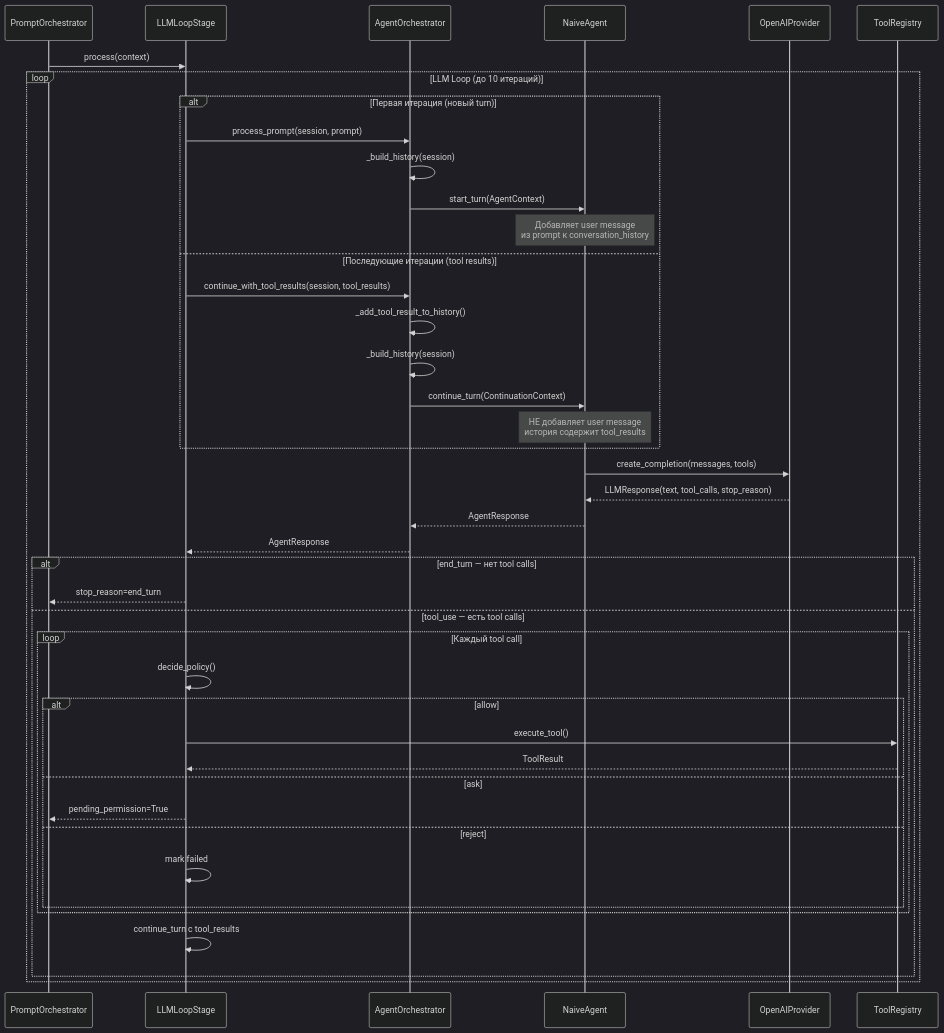
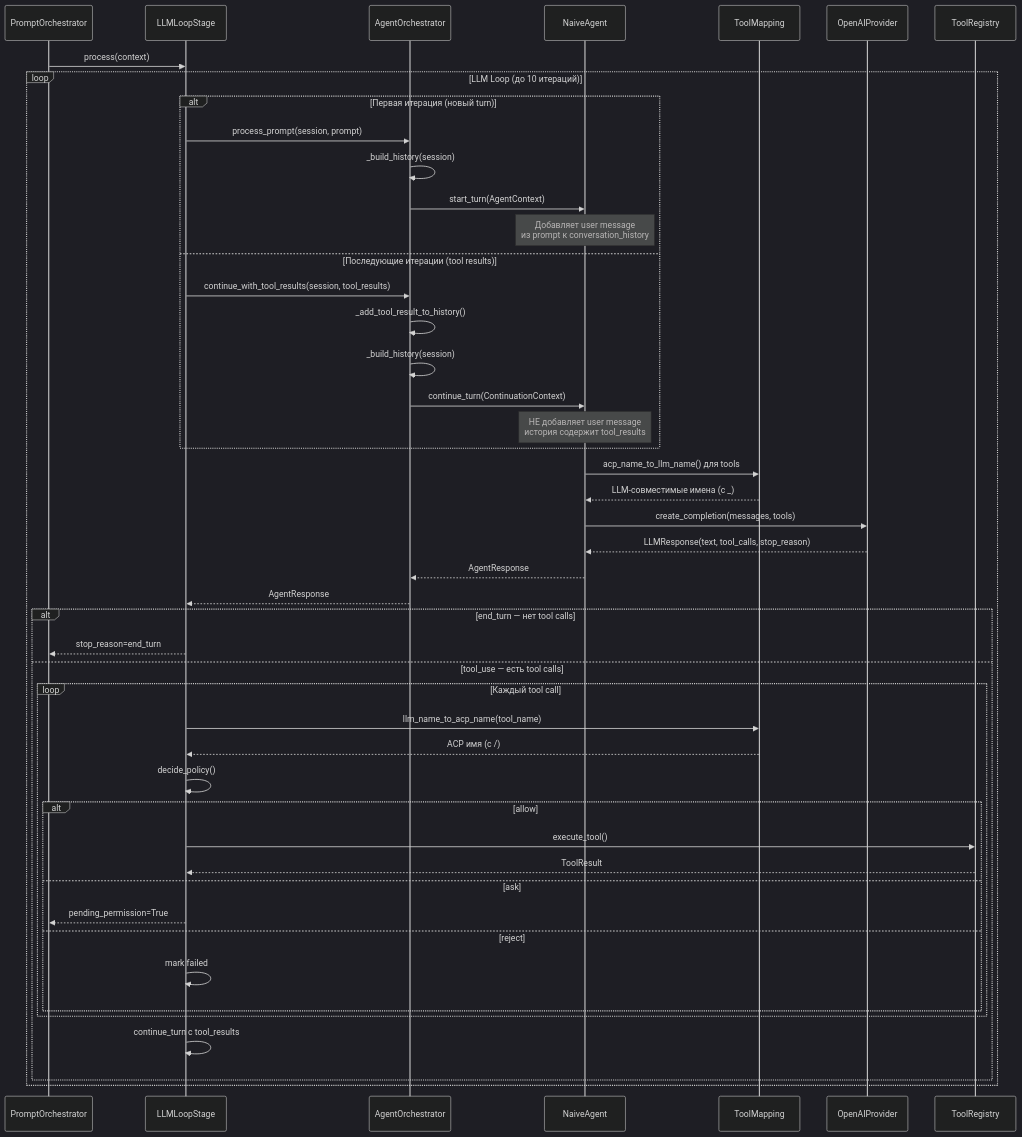
The fourth of 5 diagrams in doc/architecture/ACP_IMPLEMENTATION_VERIFICATION.md (pese-git/codelab-ai), drawn with Mermaid (dark theme) before and after one commit. The commit also changed other lines of this file and 5 other files, not shown here.

First line of the commit message:
docs: обновить документацию и Mermaid-схемы по изменениям из feature/agent

````diff
--- a/doc/architecture/ACP_IMPLEMENTATION_VERIFICATION.md
+++ b/doc/architecture/ACP_IMPLEMENTATION_VERIFICATION.md
@@ -333,47 +351,52 @@
 ```mermaid
 sequenceDiagram
     participant PO as PromptOrchestrator
     participant LL as LLMLoopStage
     participant ORCH as AgentOrchestrator
     participant AG as NaiveAgent
+    participant TM as ToolMapping
     participant LLM as OpenAIProvider
     participant TR as ToolRegistry
 
     PO->>LL: process(context)
 
     loop LLM Loop (до 10 итераций)
         alt Первая итерация (новый turn)
             LL->>ORCH: process_prompt(session, prompt)
             ORCH->>ORCH: _build_history(session)
             ORCH->>AG: start_turn(AgentContext)
             Note over AG: Добавляет user message<br/>из prompt к conversation_history
         else Последующие итерации (tool results)
             LL->>ORCH: continue_with_tool_results(session, tool_results)
             ORCH->>ORCH: _add_tool_result_to_history()
             ORCH->>ORCH: _build_history(session)
             ORCH->>AG: continue_turn(ContinuationContext)
             Note over AG: НЕ добавляет user message<br/>история содержит tool_results
         end
+        AG->>TM: acp_name_to_llm_name() для tools
+        TM-->>AG: LLM-совместимые имена (с _)
         AG->>LLM: create_completion(messages, tools)
         LLM-->>AG: LLMResponse(text, tool_calls, stop_reason)
         AG-->>ORCH: AgentResponse
         ORCH-->>LL: AgentResponse
 
         alt end_turn — нет tool calls
             LL-->>PO: stop_reason=end_turn
         else tool_use — есть tool calls
             loop Каждый tool call
+                LL->>TM: llm_name_to_acp_name(tool_name)
+                TM-->>LL: ACP имя (с /)
                 LL->>LL: decide_policy()
                 alt allow
                     LL->>TR: execute_tool()
                     TR-->>LL: ToolResult
                 else ask
                     LL-->>PO: pending_permission=True
                 else reject
                     LL->>LL: mark failed
                 end
             end
             LL->>LL: continue_turn с tool_results
         end
     end
 ```
````
